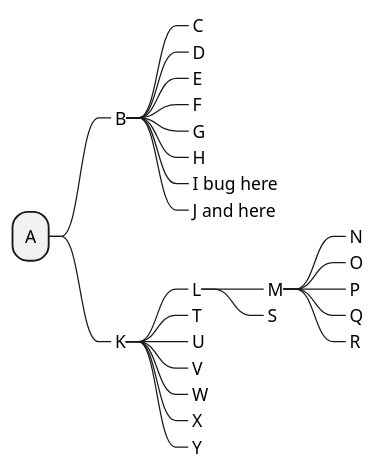
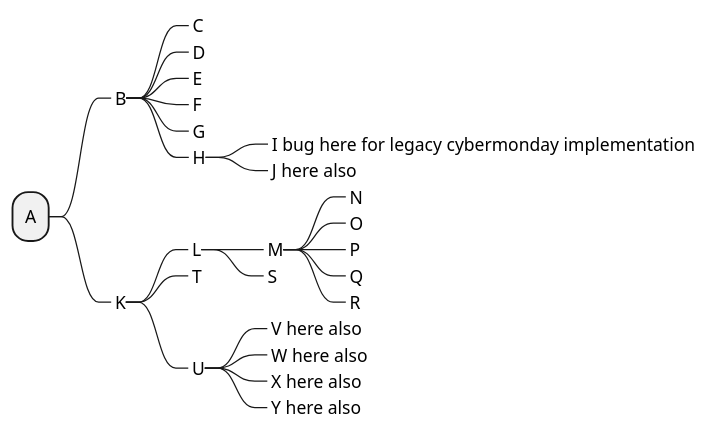
Before and after one commit to obarbeau/markdown2mindmap: the diagram in test-resources/map-08.puml, drawn with PlantUML. The commit also changed 3 other files, not shown here.

Commit message:
Enhance legacy implementation tests and document known bugs in input-08

```diff
--- a/test-resources/map-08.puml
+++ b/test-resources/map-08.puml
@@ -1,28 +1,28 @@
 @startmindmap
 
 * A
 **_ B
 ***_ C
 ***_ D
 ***_ E
 ***_ F
 ***_ G
 ***_ H
-***_ I bug here
-***_ J and here
+****_ I bug here for legacy cybermonday implementation
+****_ J here also
 **_ K
 ***_ L
 ****_ M
 *****_ N
 *****_ O
 *****_ P
 *****_ Q
 *****_ R
 ****_ S
 ***_ T
 ***_ U
-***_ V
-***_ W
-***_ X
-***_ Y
+****_ V here also
+****_ W here also
+****_ X here also
+****_ Y here also
 @endmindmap
```
